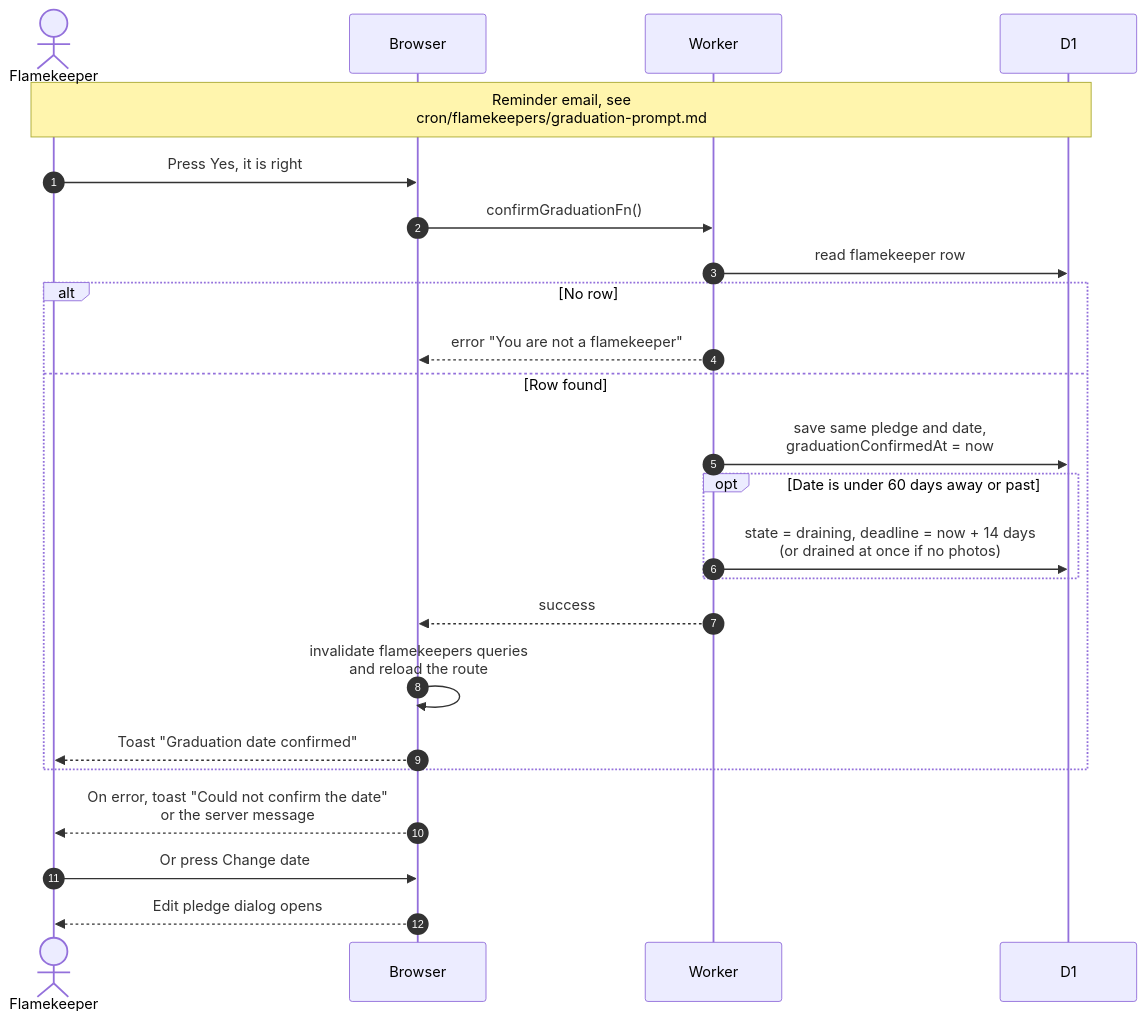
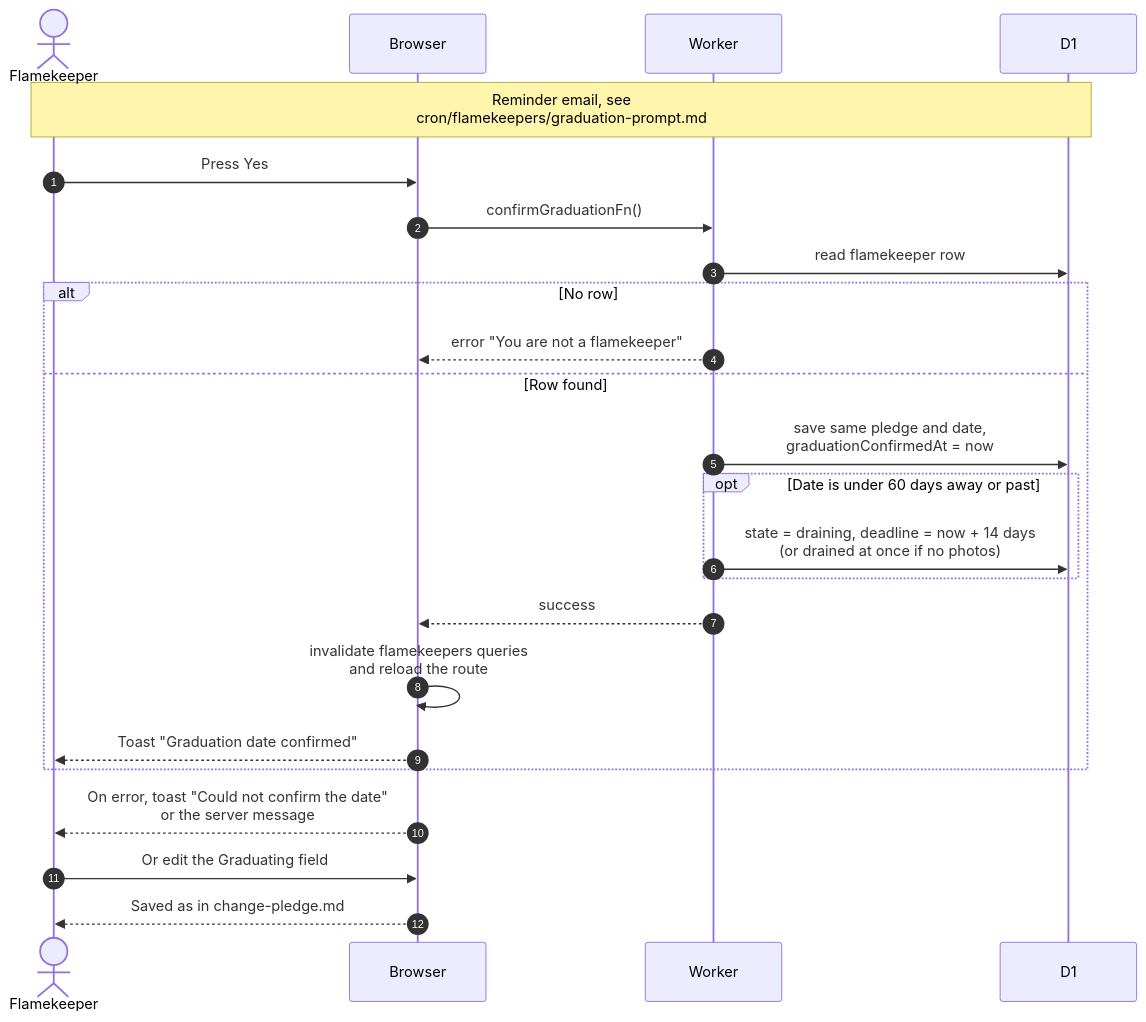
The diagram in docs/scenarios/flamekeepers/confirm-graduation.md (sagyzdop/meriksirat), drawn with Mermaid before and after one commit. The commit also changed other lines of this file and 33 other files, not shown here.

````diff
--- a/docs/scenarios/flamekeepers/confirm-graduation.md
+++ b/docs/scenarios/flamekeepers/confirm-graduation.md
@@ -20,26 +20,26 @@
 ```mermaid
 sequenceDiagram
     autonumber
     actor F as Flamekeeper
     participant Browser
     participant Worker
     participant D1
     Note over F,D1: Reminder email, see<br/>cron/flamekeepers/graduation-prompt.md
-    F->>Browser: Press Yes, it is right
+    F->>Browser: Press Yes
     Browser->>Worker: confirmGraduationFn()
     Worker->>D1: read flamekeeper row
     alt No row
         Worker-->>Browser: error "You are not a flamekeeper"
     else Row found
         Worker->>D1: save same pledge and date,<br/>graduationConfirmedAt = now
         opt Date is under 60 days away or past
             Worker->>D1: state = draining, deadline = now + 14 days<br/>(or drained at once if no photos)
         end
         Worker-->>Browser: success
         Browser->>Browser: invalidate flamekeepers queries<br/>and reload the route
         Browser-->>F: Toast "Graduation date confirmed"
     end
     Browser-->>F: On error, toast "Could not confirm the date"<br/>or the server message
-    F->>Browser: Or press Change date
-    Browser-->>F: Edit pledge dialog opens
+    F->>Browser: Or edit the Graduating field
+    Browser-->>F: Saved as in change-pledge.md
 ```
````
